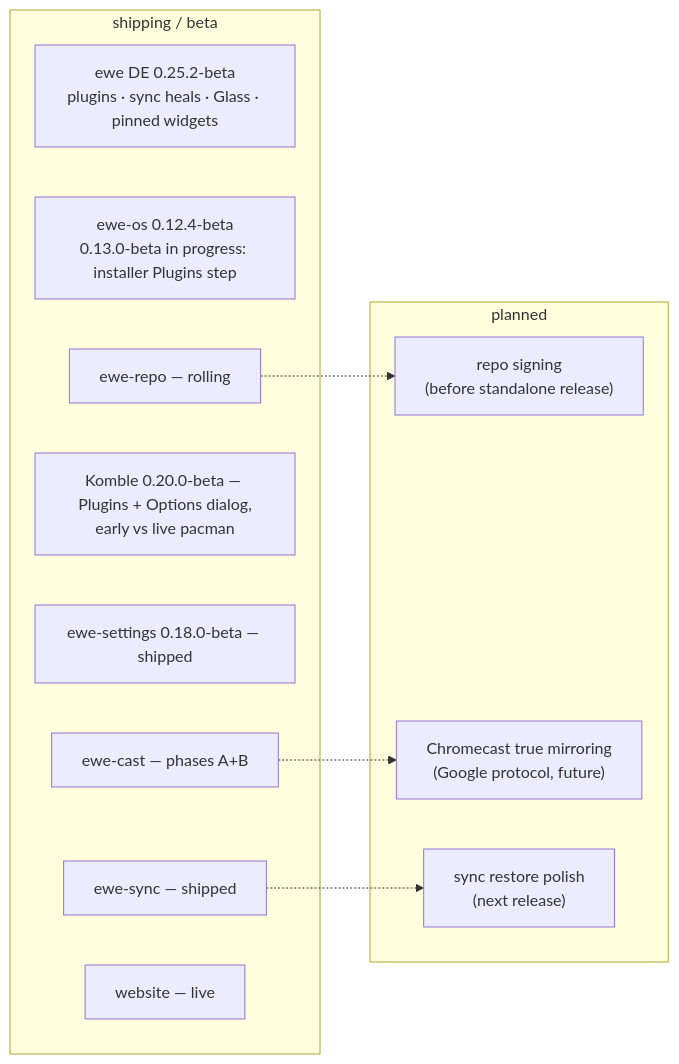
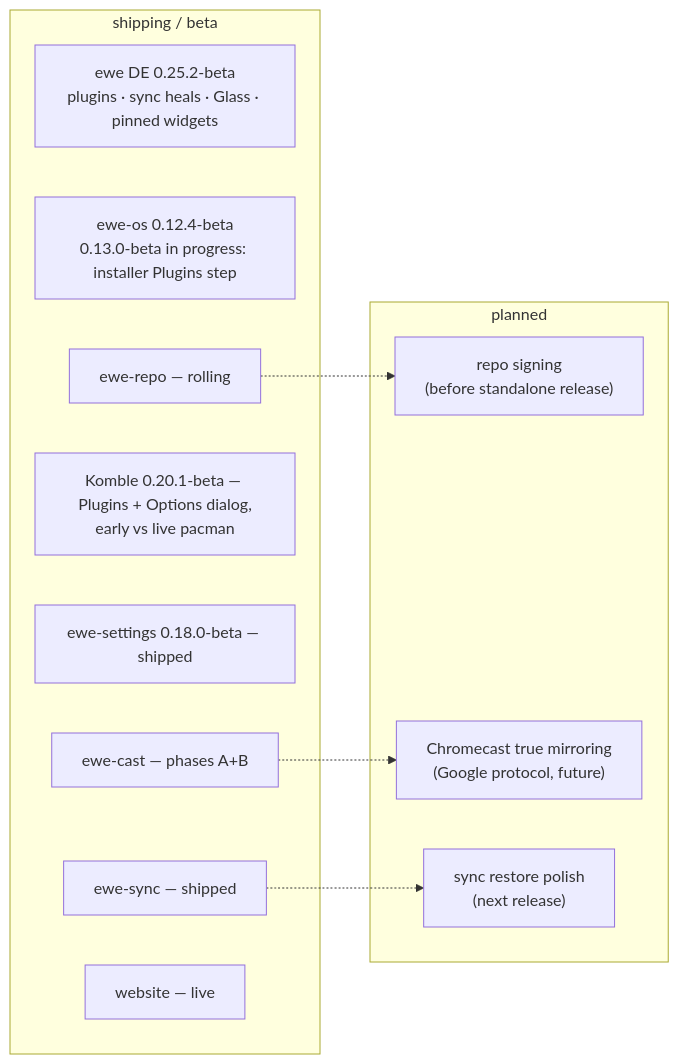
Before and after one commit to prj786/ewe-map: the diagram in 01-Overview/Roadmap and Status.md, drawn with Mermaid. The commit also changed other lines of this file and 4 other files, not shown here.

Commit message:
vault: Komble 0.20.1-beta — Add a plugin first, the WebKitGTK dialog blink

````diff
--- a/01-Overview/Roadmap and Status.md
+++ b/01-Overview/Roadmap and Status.md
@@ -85,21 +90,21 @@
 ```mermaid
 flowchart LR
     subgraph shipping["shipping / beta"]
         EWE["ewe DE 0.25.2-beta<br/>plugins · sync heals · Glass · pinned widgets"]
         OS["ewe-os 0.12.4-beta<br/>0.13.0-beta in progress: installer Plugins step"]
         REPO["ewe-repo — rolling"]
-        K["Komble 0.20.0-beta — Plugins + Options dialog,<br/>early vs live pacman"]
+        K["Komble 0.20.1-beta — Plugins + Options dialog,<br/>early vs live pacman"]
         S["ewe-settings 0.18.0-beta — shipped"]
         SY["ewe-sync — shipped"]
         CAST["ewe-cast — phases A+B"]
         WEB["website — live"]
     end
     subgraph planned["planned"]
         SIGN["repo signing<br/>(before standalone release)"]
         MIRROR["Chromecast true mirroring<br/>(Google protocol, future)"]
         REST["sync restore polish<br/>(next release)"]
     end
     REPO -.-> SIGN
     CAST -.-> MIRROR
     SY -.-> REST
 ```
````
